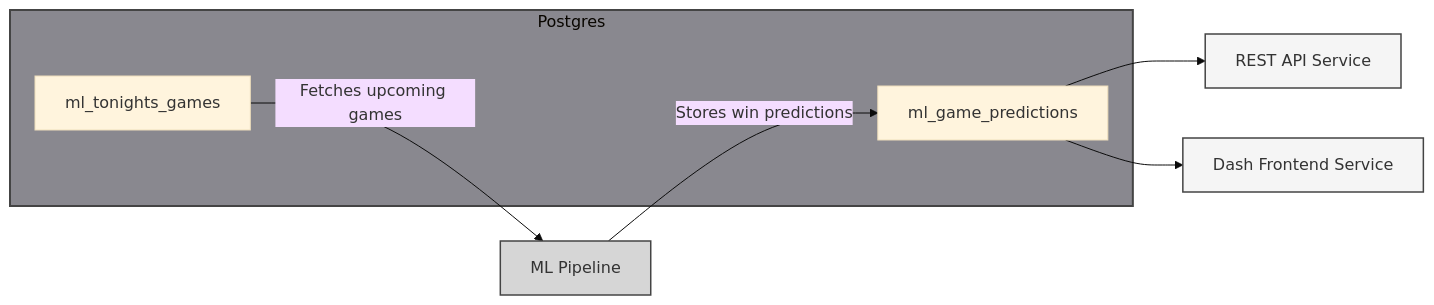
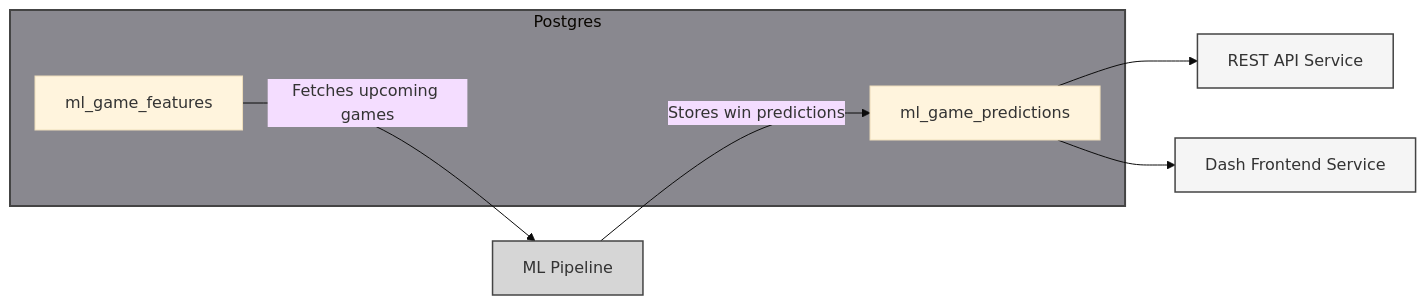
Before and after one commit to jyablonski/doqs: the first of 2 diagrams in src/content/docs/services/ml_pipeline.md, drawn with Mermaid (base theme). The commit also changed other lines of this file and 32 other files, not shown here.

First line of the commit message:
rearchitecture update (#16)

````diff
--- a/src/content/docs/services/ml_pipeline.md
+++ b/src/content/docs/services/ml_pipeline.md
@@ -14,20 +15,20 @@
-``` mermaid
+```mermaid
 graph LR
     subgraph PostgresDB[Postgres]
-        T1[ml_tonights_games]
+        T1[ml_game_features]
         T2[ml_game_predictions]
     end
 
     T1 -->|Fetches upcoming games| ML[ML Pipeline]
     ML -->|Stores win predictions| T2
 
     T2 --> API[REST API Service]
     T2 --> DASH[Dash Frontend Service]
 
     style PostgresDB fill:#89888f,stroke:#444444,stroke-width:2px
     style ML fill:#d6d6d6,stroke:#444444,stroke-width:1.5px
     style API fill:#f5f5f5,stroke:#444444,stroke-width:1.5px
     style DASH fill:#f5f5f5,stroke:#444444,stroke-width:1.5px
 
 
 ```
````
